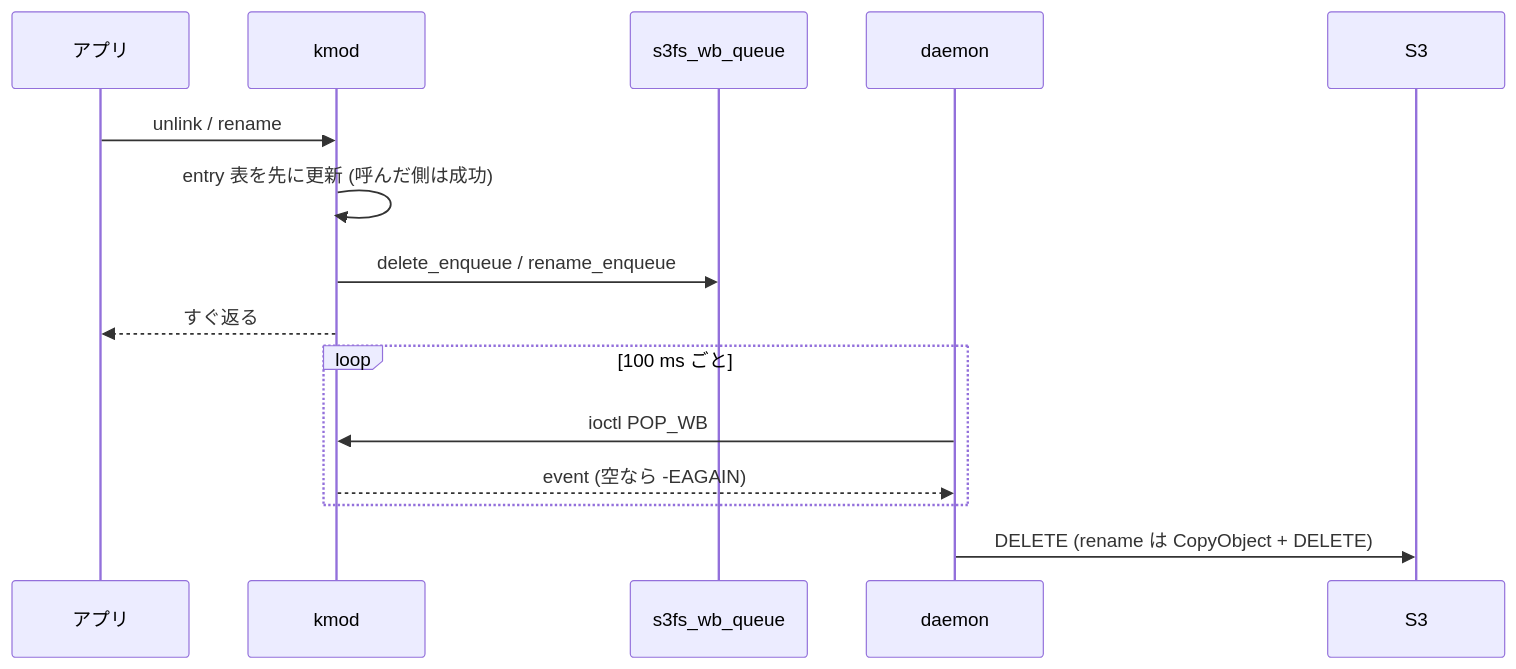
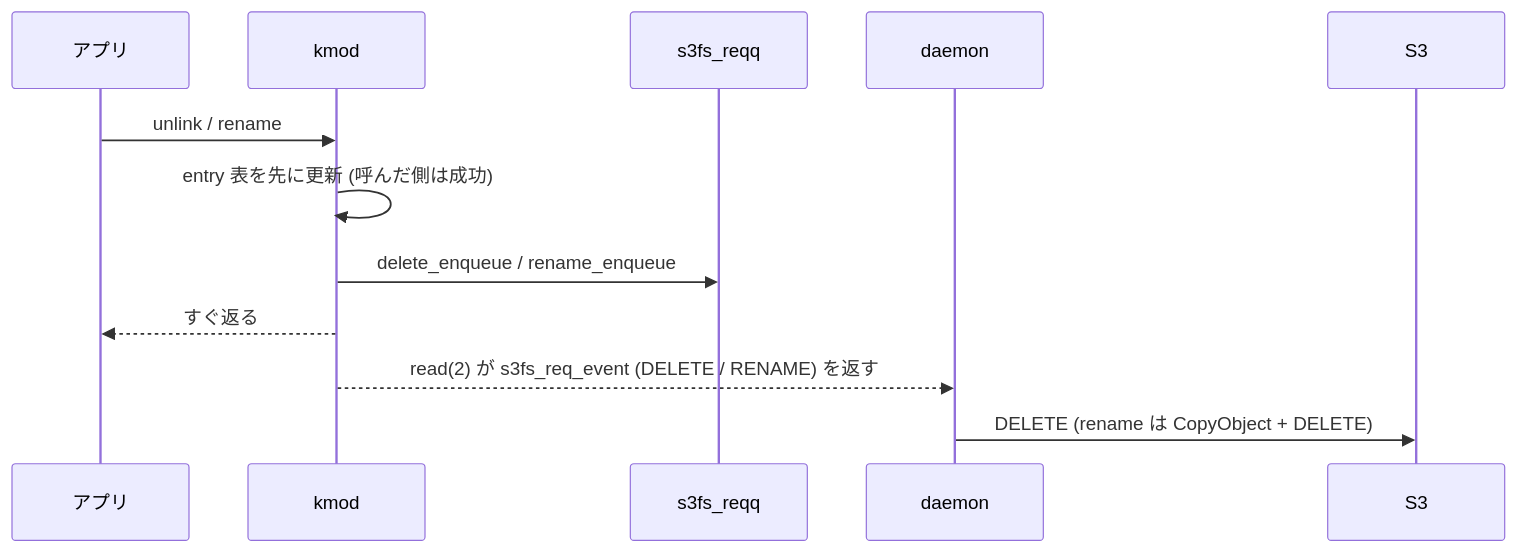
Before and after one commit to masu-mi/s3fs-ebpf: the fourth of 5 diagrams in docs/design/daemon-kmod-messaging.md, drawn with Mermaid. The commit also changed other lines of this file and 26 other files, not shown here.

First line of the commit message:
v2 Phase 4 (part 2): one request queue (reqq) and one read(2) port for miss / flush / delete / rename

````diff
--- a/docs/design/daemon-kmod-messaging.md
+++ b/docs/design/daemon-kmod-messaging.md
@@ -217,17 +205,14 @@
 ```mermaid
 sequenceDiagram
     participant App as アプリ
     participant K as kmod
-    participant Q as s3fs_wb_queue
+    participant Q as s3fs_reqq
     participant D as daemon
     participant S3 as S3
     App->>K: unlink / rename
     K->>K: entry 表を先に更新 (呼んだ側は成功)
     K->>Q: delete_enqueue / rename_enqueue
     K-->>App: すぐ返る
-    loop 100 ms ごと
-        D->>K: ioctl POP_WB
-        K-->>D: event (空なら -EAGAIN)
-    end
+    K-->>D: read(2) が s3fs_req_event (DELETE / RENAME) を返す
     D->>S3: DELETE (rename は CopyObject + DELETE)
 ```
````
